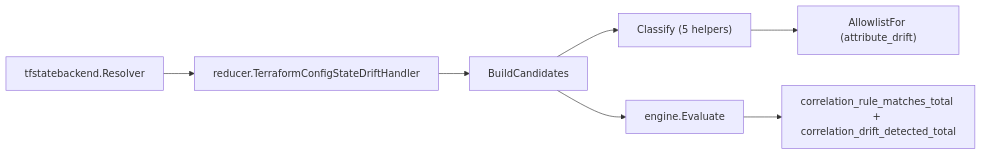
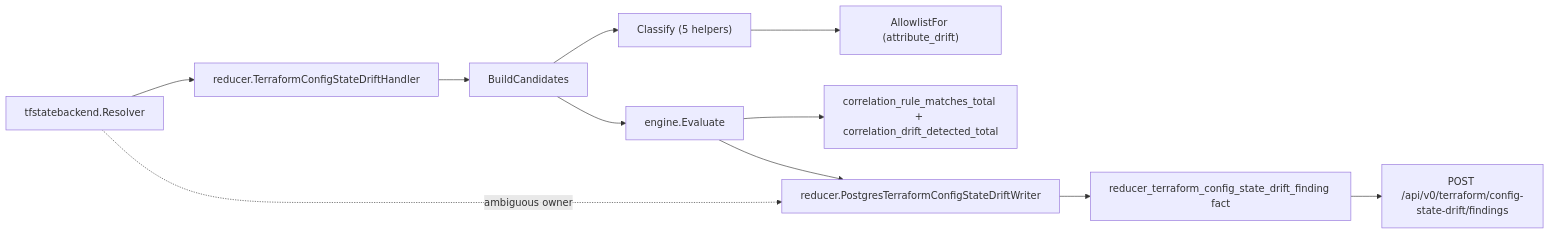
Before and after one commit to eshu-hq/eshu: the first of 2 diagrams in go/internal/correlation/drift/tfconfigstate/README.md, drawn with Mermaid. The commit also changed other lines of this file and 17 other files, not shown here.

First line of the commit message:
#5442: register reducer_terraform_config_state_drift_finding fact kind

````diff
--- a/go/internal/correlation/drift/tfconfigstate/README.md
+++ b/go/internal/correlation/drift/tfconfigstate/README.md
@@ -13,9 +13,13 @@
 ```mermaid
 flowchart LR
     Resolver["tfstatebackend.Resolver"] --> Handler["reducer.TerraformConfigStateDriftHandler"]
     Handler --> Build["BuildCandidates"]
     Build --> Classify["Classify (5 helpers)"]
     Classify --> Allowlist["AllowlistFor (attribute_drift)"]
     Build --> Engine["engine.Evaluate"]
     Engine --> Counters["correlation_rule_matches_total + correlation_drift_detected_total"]
+    Engine --> Writer["reducer.PostgresTerraformConfigStateDriftWriter"]
+    Resolver -.ambiguous owner.-> Writer
+    Writer --> Store["reducer_terraform_config_state_drift_finding fact"]
+    Store --> Query["POST /api/v0/terraform/config-state-drift/findings"]
 ```
````
